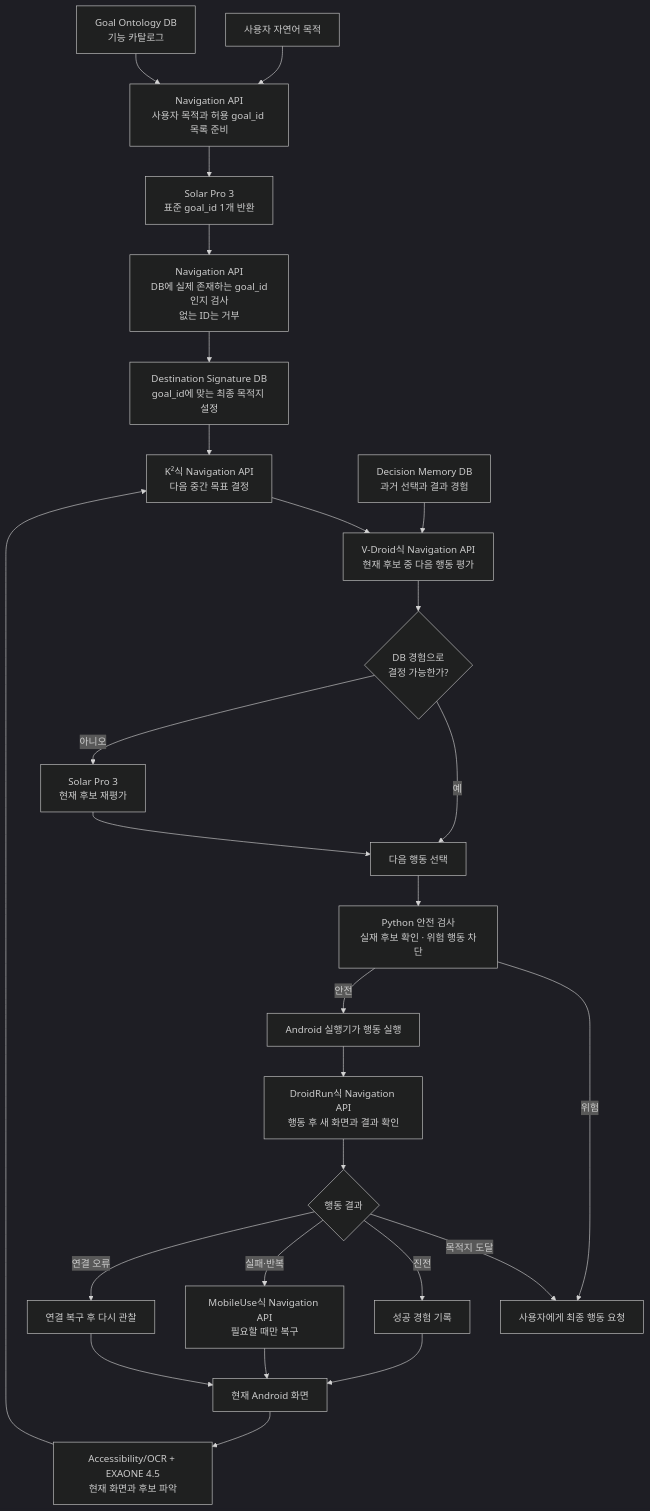
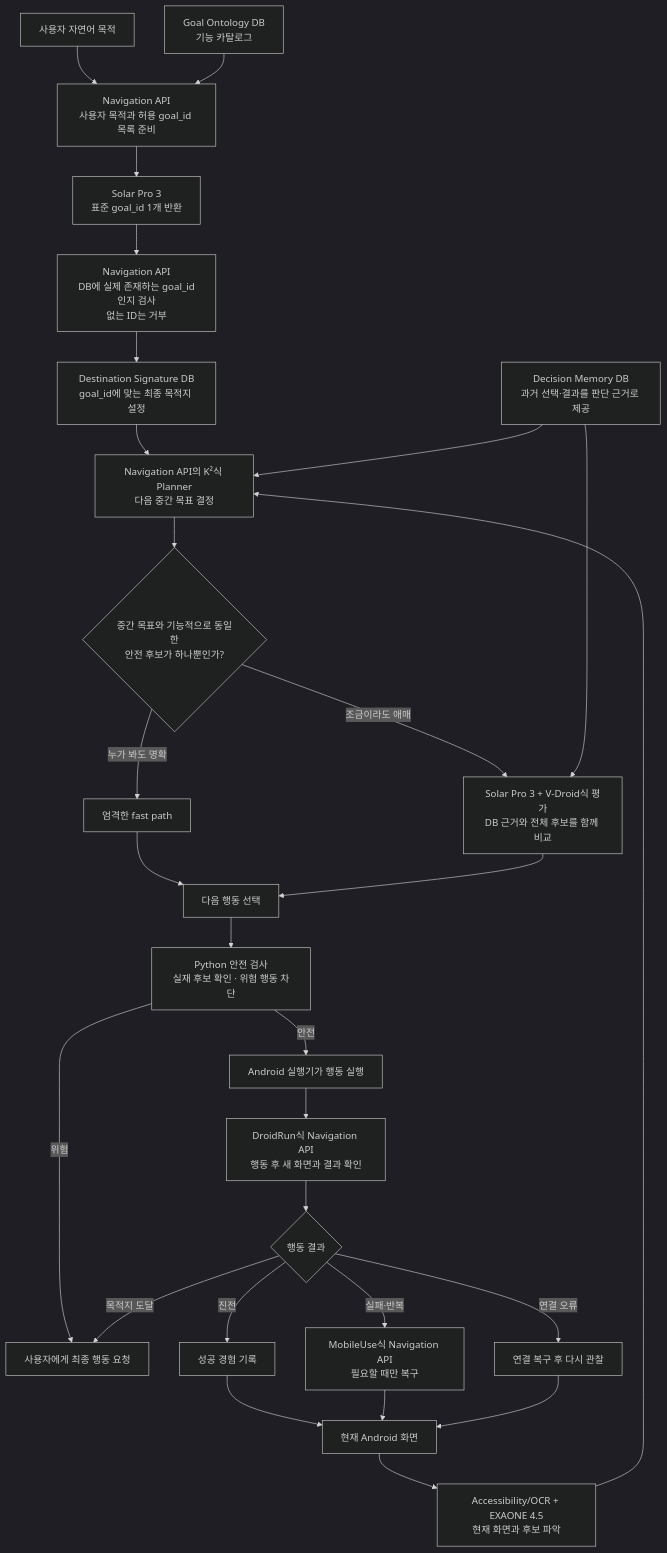
Before and after one commit to Sheep-gun/exitguide-navigation: the diagram in README.md, drawn with Mermaid (dark theme). The commit also changed other lines of this file and 7 other files, not shown here.

Commit message:
adopt LLM-first strict fast path policy

````diff
--- a/README.md
+++ b/README.md
@@ -38,33 +38,34 @@
 ```mermaid
 flowchart TD
     USER["사용자 자연어 목적"] --> GOAL_INPUT["Navigation API<br/>사용자 목적과 허용 goal_id 목록 준비"]
     GOAL_DB["Goal Ontology DB<br/>기능 카탈로그"] --> GOAL_INPUT
     GOAL_INPUT --> GOAL["Solar Pro 3<br/>표준 goal_id 1개 반환"]
     GOAL --> GOAL_CHECK["Navigation API<br/>DB에 실제 존재하는 goal_id인지 검사<br/>없는 ID는 거부"]
     GOAL_CHECK --> DEST["Destination Signature DB<br/>goal_id에 맞는 최종 목적지 설정"]
 
     SCREEN["현재 Android 화면"] --> VIEW["Accessibility/OCR + EXAONE 4.5<br/>현재 화면과 후보 파악"]
-    DEST --> K2["K²식 Navigation API<br/>다음 중간 목표 결정"]
+    DEST --> K2["Navigation API의 K²식 Planner<br/>다음 중간 목표 결정"]
     VIEW --> K2
+    MEMORY["Decision Memory DB<br/>과거 선택·결과를 판단 근거로 제공"] --> K2
 
-    K2 --> VDROID["V-Droid식 Navigation API<br/>현재 후보 중 다음 행동 평가"]
-    MEMORY["Decision Memory DB<br/>과거 선택과 결과 경험"] --> VDROID
-    VDROID --> CLEAR{"DB 경험으로<br/>결정 가능한가?"}
-    CLEAR -->|"예"| CHOOSE["다음 행동 선택"]
-    CLEAR -->|"아니오"| SOLAR["Solar Pro 3<br/>현재 후보 재평가"]
-    SOLAR --> CHOOSE
+    K2 --> CLEAR{"중간 목표와 기능적으로 동일한<br/>안전 후보가 하나뿐인가?"}
+    CLEAR -->|"누가 봐도 명확"| FAST["엄격한 fast path"]
+    CLEAR -->|"조금이라도 애매"| VDROID["Solar Pro 3 + V-Droid식 평가<br/>DB 근거와 전체 후보를 함께 비교"]
+    MEMORY --> VDROID
+    FAST --> CHOOSE["다음 행동 선택"]
+    VDROID --> CHOOSE
 
     CHOOSE --> SAFE["Python 안전 검사<br/>실재 후보 확인 · 위험 행동 차단"]
     SAFE -->|"위험"| STOP["사용자에게 최종 행동 요청"]
     SAFE -->|"안전"| EXECUTE["Android 실행기가 행동 실행"]
 
     EXECUTE --> VERIFY["DroidRun식 Navigation API<br/>행동 후 새 화면과 결과 확인"]
     VERIFY --> RESULT{"행동 결과"}
     RESULT -->|"목적지 도달"| STOP
     RESULT -->|"진전"| RECORD["성공 경험 기록"]
     RECORD --> SCREEN
     RESULT -->|"실패·반복"| RECOVERY["MobileUse식 Navigation API<br/>필요할 때만 복구"]
     RECOVERY --> SCREEN
     RESULT -->|"연결 오류"| WAIT["연결 복구 후 다시 관찰"]
     WAIT --> SCREEN
 ```
````
